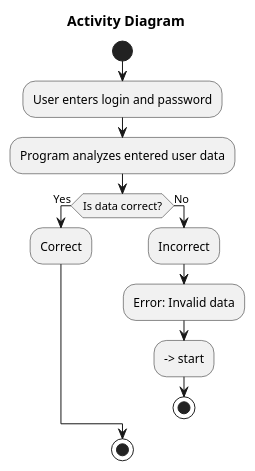
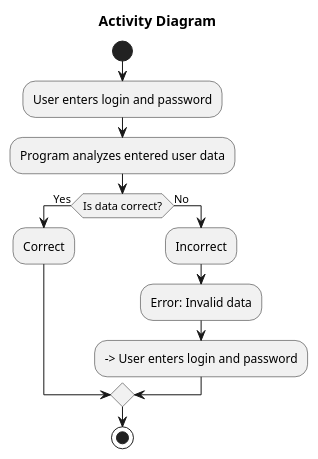
The diagram in 2-SoftwareDesign/2.7-PlantUML/UML-Activity.puml (oleksandrblazhko/ai-214-rudnik), drawn with PlantUML before and after one commit.

```diff
--- a/2-SoftwareDesign/2.7-PlantUML/UML-Activity.puml
+++ b/2-SoftwareDesign/2.7-PlantUML/UML-Activity.puml
@@ -1,17 +1,16 @@
 @startuml
 title Activity Diagram 
 
 start
 :User enters login and password;
 :Program analyzes entered user data;
 if (Is data correct?) then (Yes)
   :Correct;
 else (No)
   :Incorrect;
   :Error: Invalid data;
-  --> start
-  stop
+  --> User enters login and password
 endif
 stop
 
 @enduml
```
